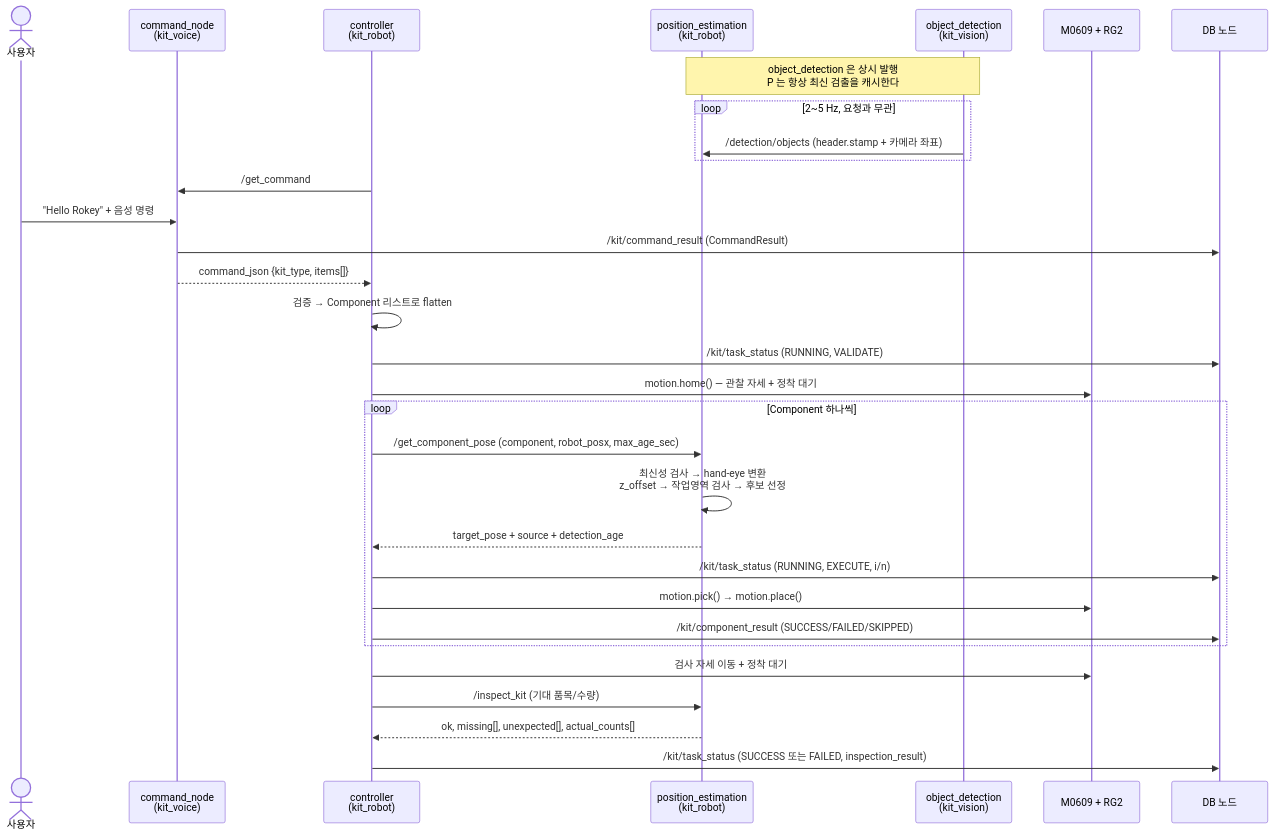
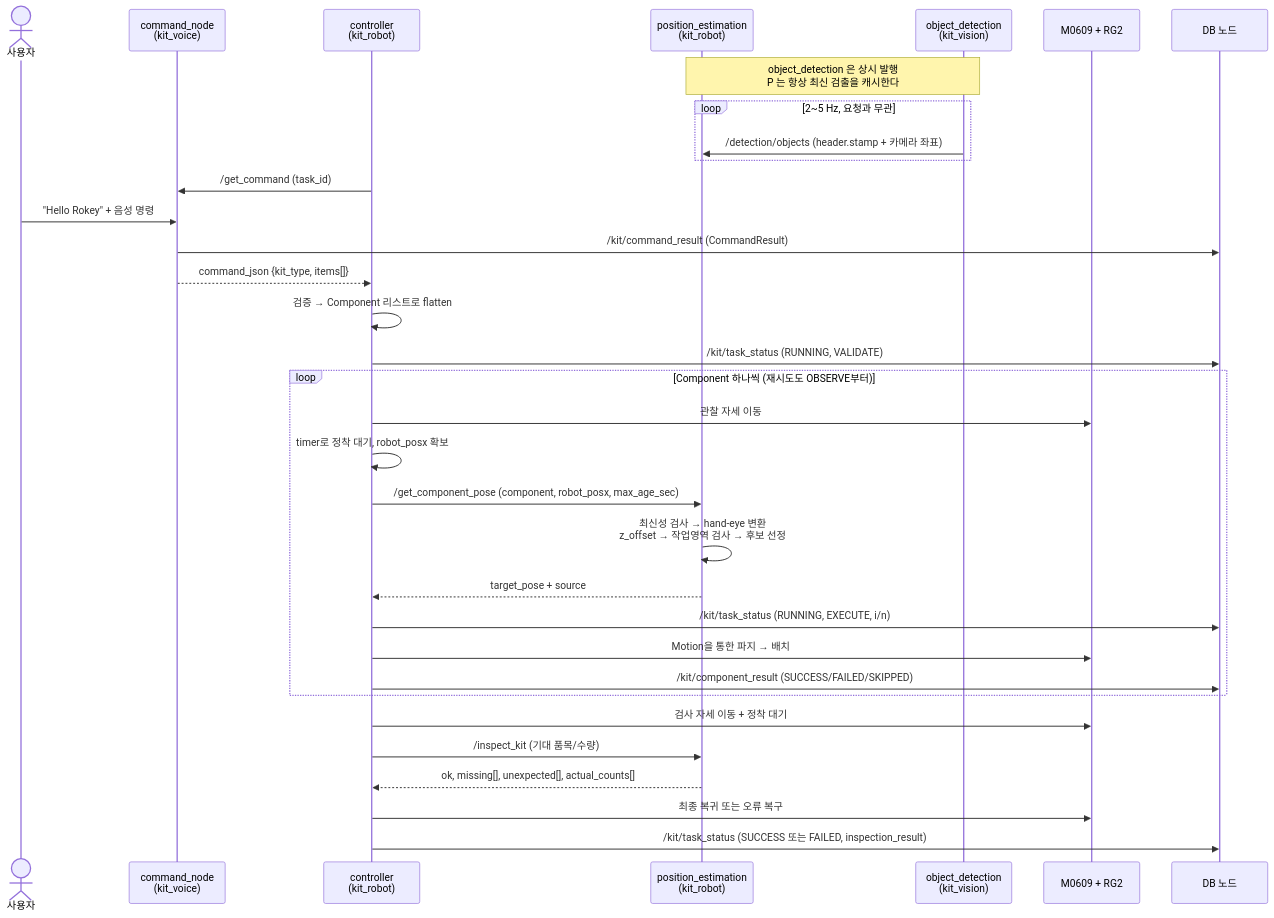
The first of 2 diagrams in docs/03-system-flow.md (mi1nn/Project2-ROS2-VLA), drawn with Mermaid before and after one commit. The commit also changed other lines of this file and 1 other file, not shown here.

````diff
--- a/docs/03-system-flow.md
+++ b/docs/03-system-flow.md
@@ -9,38 +9,39 @@
 ```mermaid
 sequenceDiagram
     actor U as 사용자
     participant V as command_node<br/>(kit_voice)
     participant C as controller<br/>(kit_robot)
     participant P as position_estimation<br/>(kit_robot)
     participant D as object_detection<br/>(kit_vision)
     participant R as M0609 + RG2
     participant DB as DB 노드
 
     Note over D,P: object_detection 은 상시 발행<br/>P 는 항상 최신 검출을 캐시한다
     loop 2~5 Hz, 요청과 무관
         D->>P: /detection/objects (header.stamp + 카메라 좌표)
     end
 
-    C->>V: /get_command
+    C->>V: /get_command (task_id)
     U->>V: "Hello Rokey" + 음성 명령
     V->>DB: /kit/command_result (CommandResult)
     V-->>C: command_json {kit_type, items[]}
     C->>C: 검증 → Component 리스트로 flatten
     C->>DB: /kit/task_status (RUNNING, VALIDATE)
 
-    C->>R: motion.home() — 관찰 자세 + 정착 대기
-
-    loop Component 하나씩
+    loop Component 하나씩 (재시도도 OBSERVE부터)
+        C->>R: 관찰 자세 이동
+        C->>C: timer로 정착 대기, robot_posx 확보
         C->>P: /get_component_pose (component, robot_posx, max_age_sec)
         P->>P: 최신성 검사 → hand-eye 변환<br/>z_offset → 작업영역 검사 → 후보 선정
-        P-->>C: target_pose + source + detection_age
+        P-->>C: target_pose + source
         C->>DB: /kit/task_status (RUNNING, EXECUTE, i/n)
-        C->>R: motion.pick() → motion.place()
+        C->>R: Motion을 통한 파지 → 배치
         C->>DB: /kit/component_result (SUCCESS/FAILED/SKIPPED)
     end
 
     C->>R: 검사 자세 이동 + 정착 대기
     C->>P: /inspect_kit (기대 품목/수량)
     P-->>C: ok, missing[], unexpected[], actual_counts[]
+    C->>R: 최종 복귀 또는 오류 복구
     C->>DB: /kit/task_status (SUCCESS 또는 FAILED, inspection_result)
 ```
````
